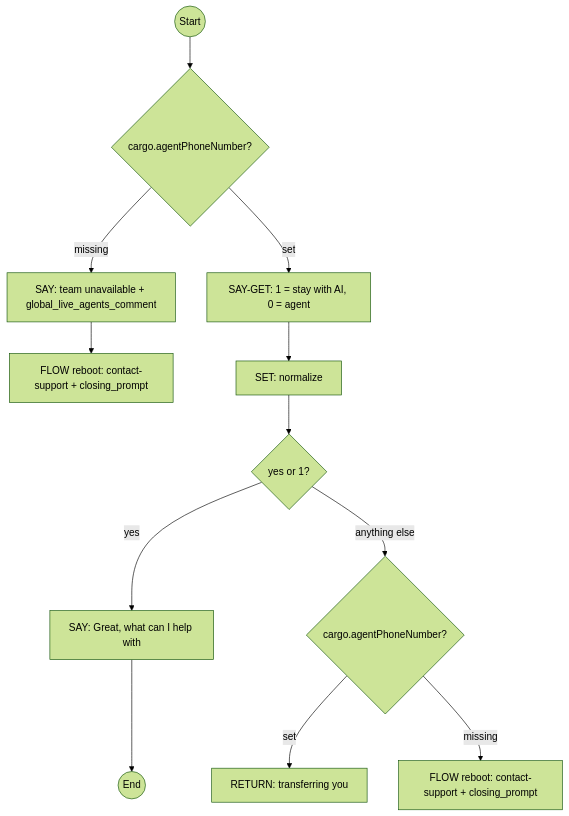
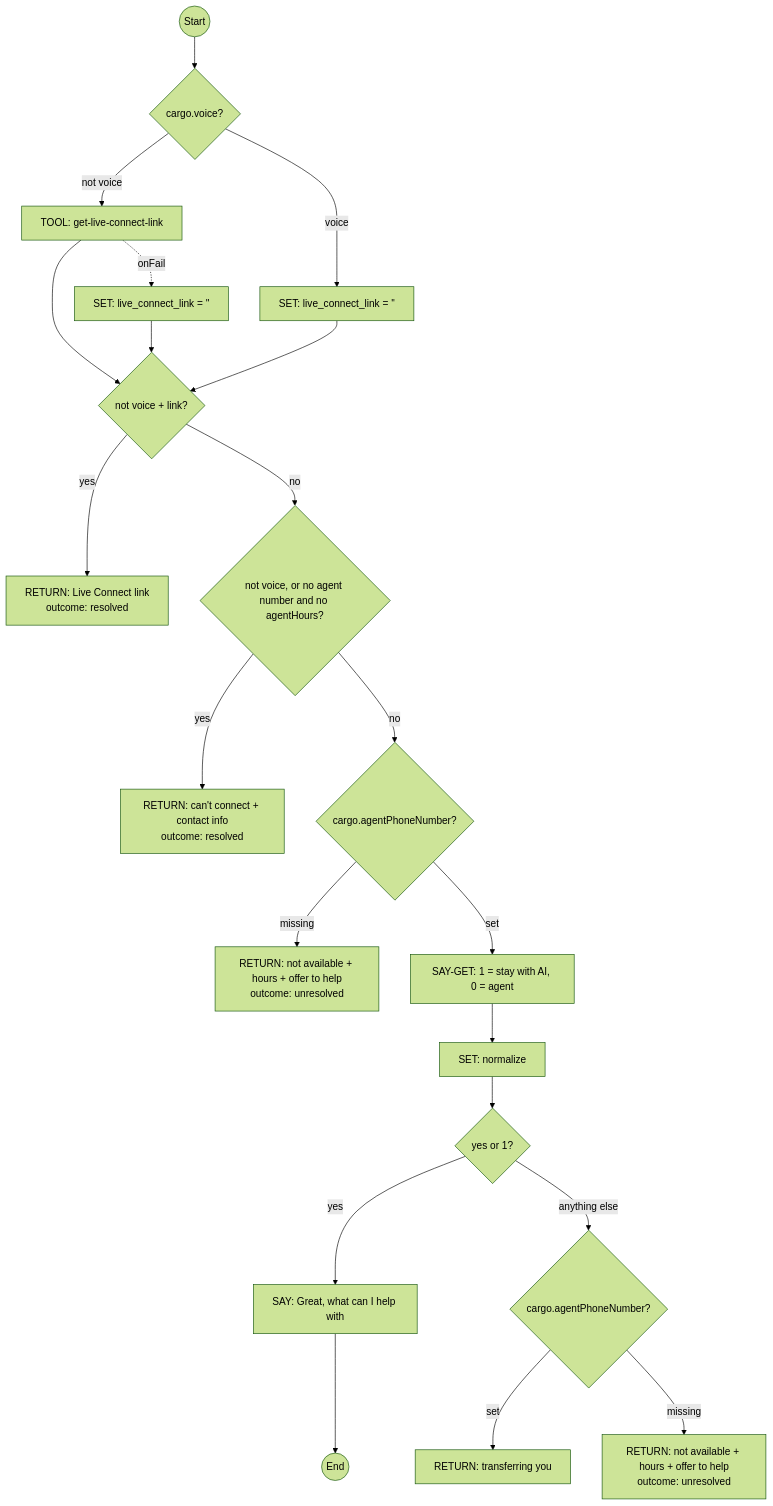
One commit to ronpinkas/jsfe changed diagram 14 of 14 in docs/system-flows.md. Above: the diagram before and after it, drawn with Mermaid (forest theme). The commit also changed other lines of this file and 1 other file, not shown here.

Commit message:
docs: system and Shopify flow pages match the bundled flows (live-agent-requested 1.6.0, authenticate-user 1.2.0, otp-sms-failed, otp-text-undeliverable, contact-support 1.2.0, OTP code flows, shopify-product-search 1.1.1)

````diff
--- a/docs/system-flows.md
+++ b/docs/system-flows.md
@@ -513,14 +702,23 @@
 ```mermaid
 graph TD
-    start((Start)) --> check_agent_available{cargo.agentPhoneNumber?}
-    check_agent_available -->|missing| no_agent_msg[SAY: team unavailable + global_live_agents_comment]
-    no_agent_msg --> fallback_to_contact[FLOW reboot: contact-support + closing_prompt]
+    start((Start)) --> get_live_connect{cargo.voice?}
+    get_live_connect -->|not voice| fetch_live_connect_link[TOOL: get-live-connect-link]
+    get_live_connect -->|voice| phone_channel[SET: live_connect_link = '']
+    fetch_live_connect_link -.->|onFail| live_connect_unavailable[SET: live_connect_link = '']
+    fetch_live_connect_link --> offer_live_connect{not voice + link?}
+    live_connect_unavailable --> offer_live_connect
+    phone_channel --> offer_live_connect
+    offer_live_connect -->|yes| say_live_connect["RETURN: Live Connect link<br/>outcome: resolved"]
+    offer_live_connect -->|no| cannot_connect{not voice, or no agent number and no agentHours?}
+    cannot_connect -->|yes| say_cannot_connect["RETURN: can't connect + contact info<br/>outcome: resolved"]
+    cannot_connect -->|no| check_agent_available{cargo.agentPhoneNumber?}
+    check_agent_available -->|missing| no_agent_available["RETURN: not available + hours + offer to help<br/>outcome: unresolved"]
     check_agent_available -->|set| ask_user_choice[SAY-GET: 1 = stay with AI, 0 = agent]
     ask_user_choice --> normalize_choice[SET: normalize]
     normalize_choice --> handle_choice{yes or 1?}
     handle_choice -->|yes| continue_with_ai[SAY: Great, what can I help with]
     handle_choice -->|anything else| transfer{cargo.agentPhoneNumber?}
     transfer -->|set| confirm_transfer[RETURN: transferring you]
-    transfer -->|missing| no_agents_available[FLOW reboot: contact-support + closing_prompt]
+    transfer -->|missing| no_agents_available["RETURN: not available + hours + offer to help<br/>outcome: unresolved"]
     continue_with_ai --> stop((End))
 ```
````
